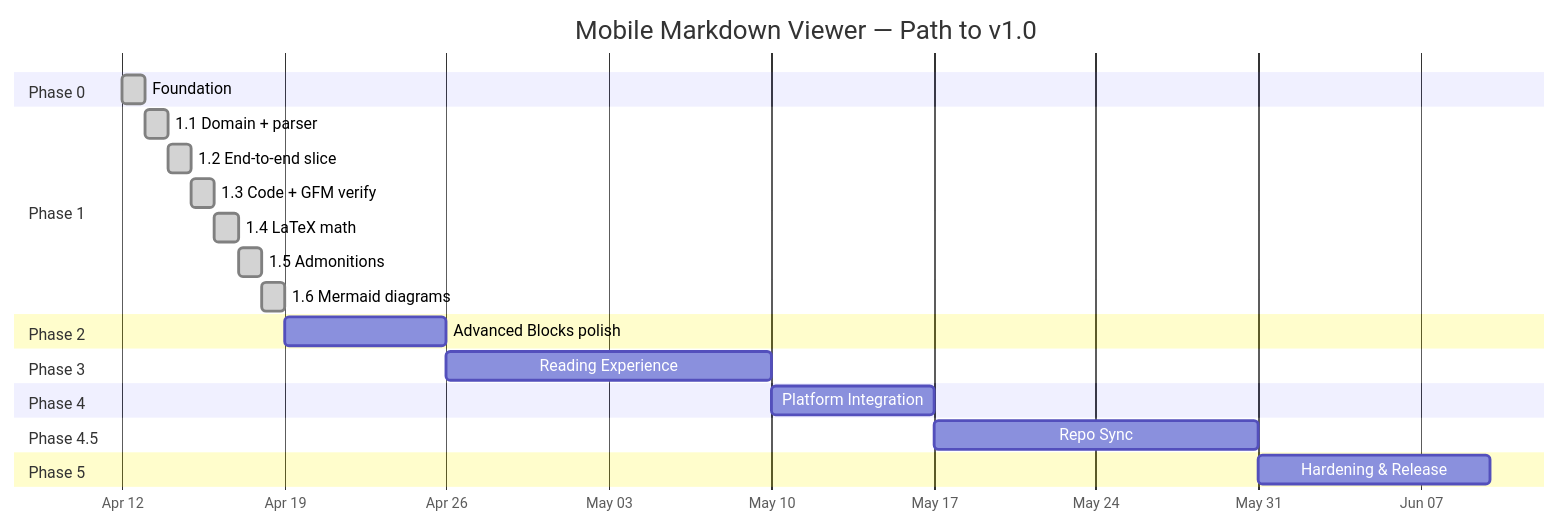
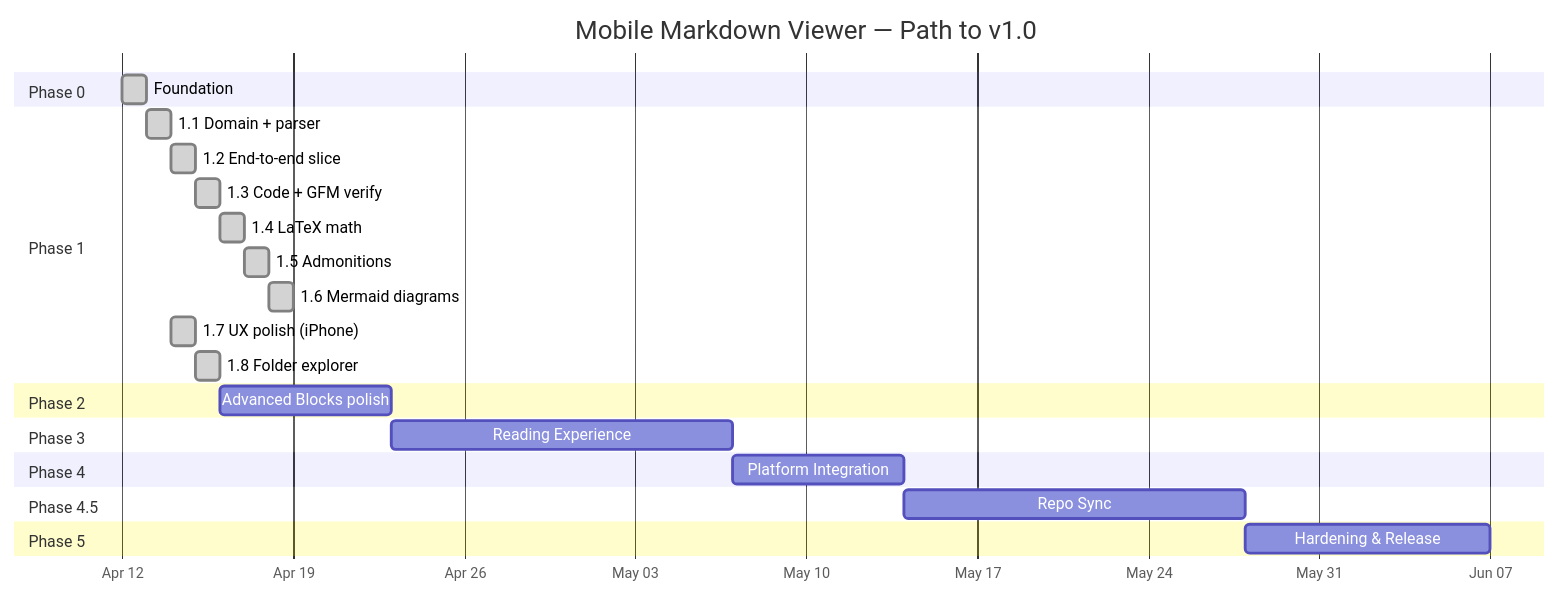
Before and after one commit to cemililik/markdown-viewer-mobile: the diagram in docs/roadmap.md, drawn with Mermaid. The commit also changed other lines of this file and 20 other files, not shown here.

````diff
--- a/docs/roadmap.md
+++ b/docs/roadmap.md
@@ -8,32 +8,34 @@
 ```mermaid
 gantt
     title Mobile Markdown Viewer — Path to v1.0
     dateFormat  YYYY-MM-DD
     axisFormat  %b %d
 
     section Phase 0
     Foundation               :done, p0, 2026-04-12, 1d
 
     section Phase 1
     1.1 Domain + parser      :done, p11, 2026-04-13, 1d
     1.2 End-to-end slice     :done, p12, after p11, 1d
     1.3 Code + GFM verify    :done, p13, after p12, 1d
     1.4 LaTeX math           :done, p14, after p13, 1d
     1.5 Admonitions          :done, p15, after p14, 1d
     1.6 Mermaid diagrams     :done, p16, after p15, 1d
+    1.7 UX polish (iPhone)   :done, p17, 2026-04-14, 1d
+    1.8 Folder explorer      :done, p18, after p17, 1d
 
     section Phase 2
-    Advanced Blocks polish   :p2, after p16, 7d
+    Advanced Blocks polish   :p2, after p18, 7d
 
     section Phase 3
     Reading Experience       :p3, after p2, 14d
 
     section Phase 4
     Platform Integration     :p4, after p3, 7d
 
     section Phase 4.5
     Repo Sync                :p45, after p4, 14d
 
     section Phase 5
     Hardening & Release      :p5, after p45, 10d
 ```
````
